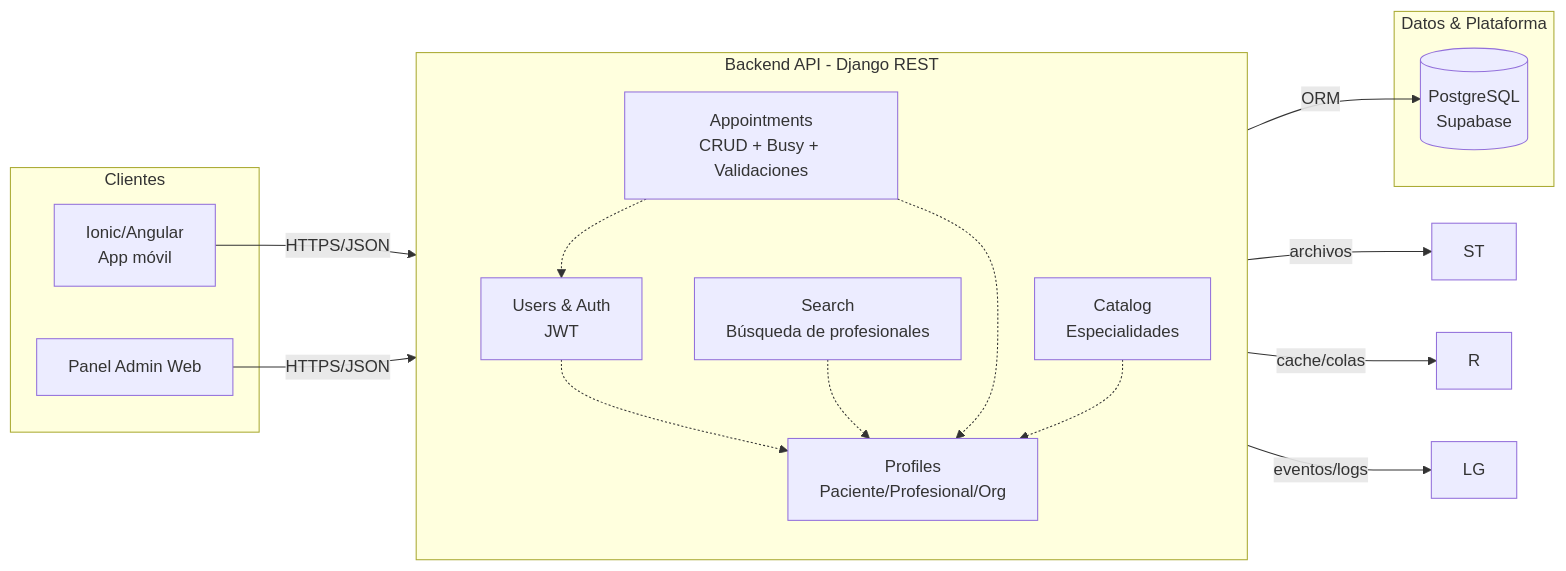
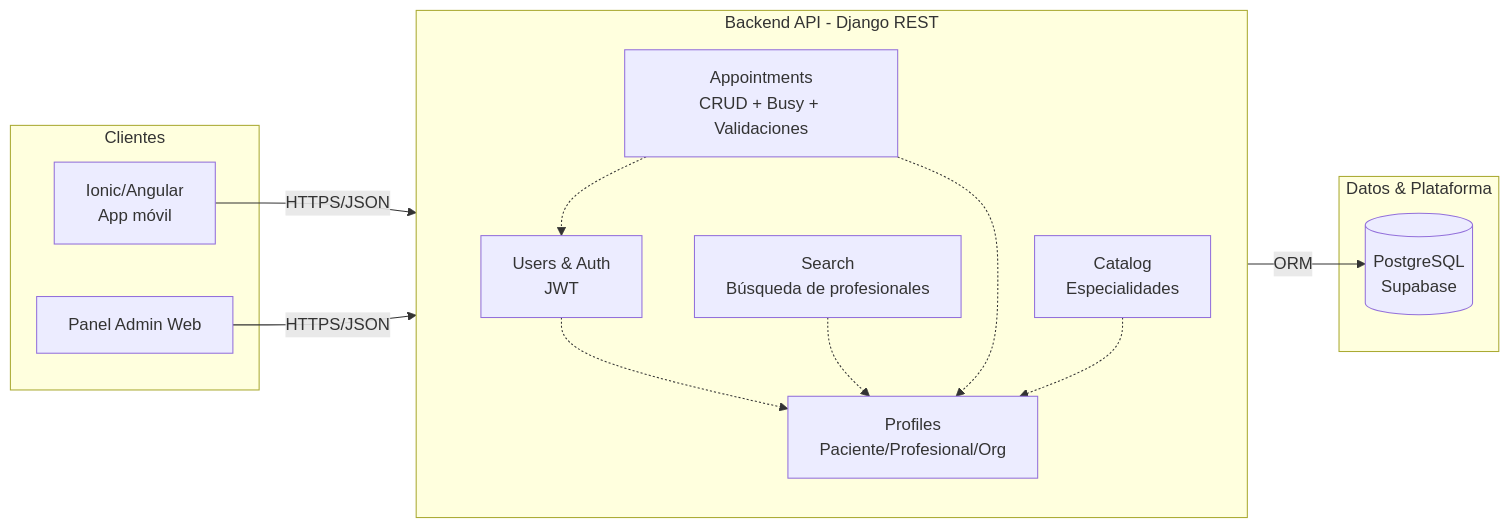
One commit to JoaquinMadari/Capstone_PsicoLink changed the first of 2 diagrams in README.md. Above: the diagram before and after it, drawn with Mermaid. The commit also changed other lines of this file, not shown here.

````diff
--- a/README.md
+++ b/README.md
@@ -16,35 +16,32 @@
 ```mermaid
 flowchart LR
   subgraph Clients ["Clientes"]
     M["Ionic/Angular<br/>App móvil"]
     A["Panel Admin Web<br/>"]
   end
 
   subgraph API ["Backend API - Django REST"]
     direction TB
     U["Users & Auth<br/>JWT"]
     P["Profiles<br/>Paciente/Profesional/Org"]
     C["Catalog<br/>Especialidades"]
     S["Search<br/>Búsqueda de profesionales"]
     AP["Appointments<br/>CRUD + Busy + Validaciones"]
   end
 
   subgraph Data ["Datos & Plataforma"]
     DB[("PostgreSQL<br/>Supabase")]
   end
 
   M -->|HTTPS/JSON| API
   A -->|HTTPS/JSON| API
 
   API -->|ORM| DB
-  API -->|archivos| ST
-  API -->|cache/colas| R
-  API -->|eventos/logs| LG
 
   %% Relaciones internas
   U -.-> P
   S -.-> P
   AP -.-> U
   AP -.-> P
   C -.-> P
 ```
````
